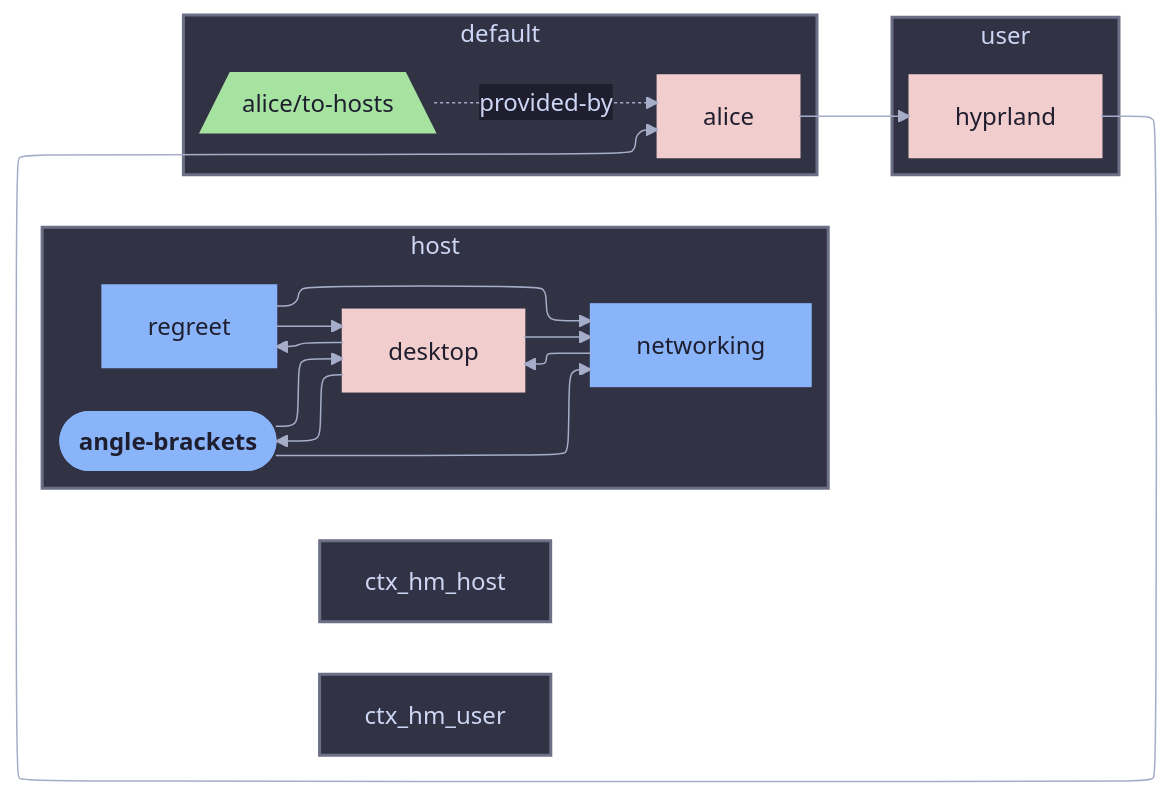
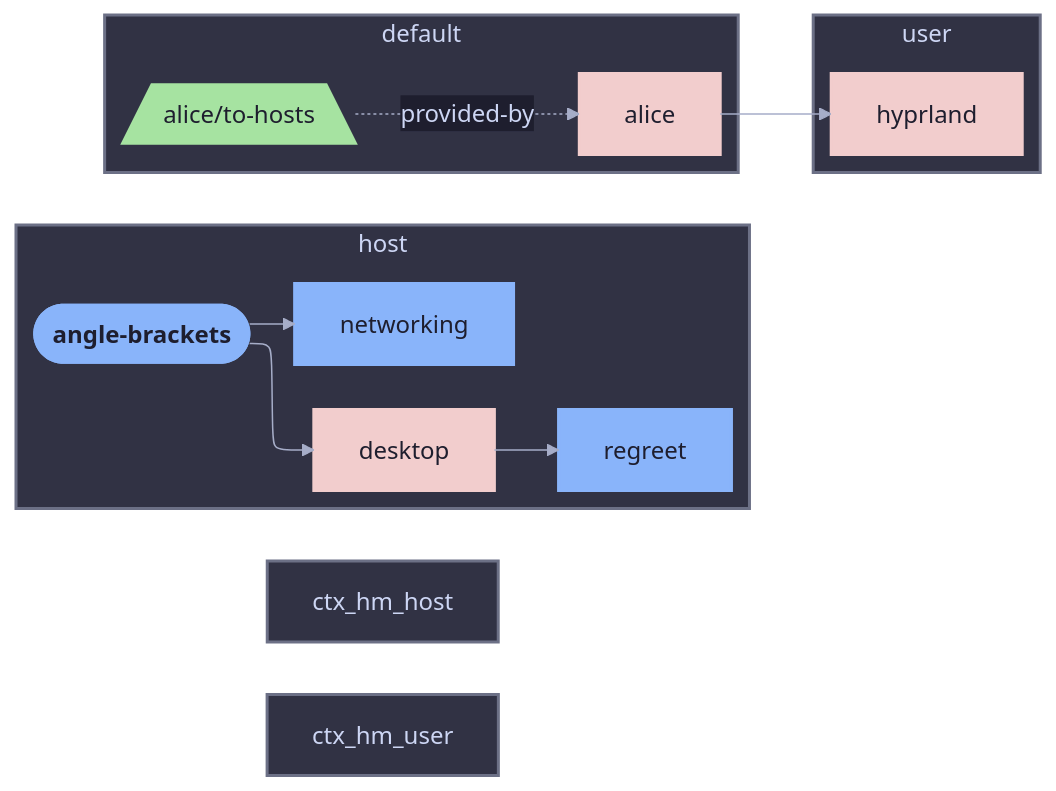
One commit to sini/den changed the diagram in templates/diag-fx-demo/diagrams/angle-brackets-declared.md. Above: the diagram before and after it, drawn with Mermaid. The commit also changed 849 other files, not shown here.

Commit message:
chore: update fx diagrams

````diff
--- a/templates/diag-fx-demo/diagrams/angle-brackets-declared.md
+++ b/templates/diag-fx-demo/diagrams/angle-brackets-declared.md
@@ -5,44 +5,38 @@
 ```mermaid
 %%{init: {"elk":{"mergeEdges":true,"nodePlacementStrategy":"BRANDES_KOEPF"},"layout":"elk","theme":"base","themeVariables":{"activationBkgColor":"#313244","activationBorderColor":"#6c7086","actorBkg":"#313244","actorBorder":"#a6adc8","actorLineColor":"#a6adc8","actorTextColor":"#cdd6f4","background":"#1e1e2e","classText":"#cdd6f4","clusterBkg":"#313244","clusterBorder":"#6c7086","edgeLabelBackground":"#1e1e2e","labelBoxBkgColor":"#313244","labelBoxBorderColor":"#a6adc8","labelTextColor":"#cdd6f4","lineColor":"#a6adc8","loopTextColor":"#cdd6f4","mainBkg":"#313244","nodeBkg":"#313244","nodeBorder":"#a6adc8","nodeTextColor":"#cdd6f4","noteBkgColor":"#313244","noteBorderColor":"#6c7086","noteTextColor":"#cdd6f4","pie1":"#f38ba8","pie2":"#fab387","pie3":"#f9e2af","pie4":"#a6e3a1","pie5":"#94e2d5","pie6":"#89b4fa","pie7":"#cba6f7","pie8":"#f2cdcd","pieLegendTextColor":"#cdd6f4","pieOuterStrokeColor":"#6c7086","pieSectionTextColor":"#cdd6f4","pieStrokeColor":"#6c7086","pieTitleTextColor":"#cdd6f4","primaryBorderColor":"#a6adc8","primaryColor":"#313244","primaryTextColor":"#cdd6f4","secondBkg":"#313244","secondaryBorderColor":"#6c7086","secondaryColor":"#313244","secondaryTextColor":"#cdd6f4","sequenceNumberColor":"#1e1e2e","signalColor":"#a6adc8","signalTextColor":"#cdd6f4","tertiaryBorderColor":"#6c7086","tertiaryColor":"#313244","tertiaryTextColor":"#cdd6f4","textColor":"#cdd6f4","titleColor":"#cdd6f4"}}}%%
 graph LR
   angle_brackets([angle-brackets]):::root
 
   subgraph ctx_host["host"]
   desktop["desktop"]:::desktop_c
   networking["networking"]:::networking_c
   regreet["regreet"]:::regreet_c
   angle_brackets --> desktop
   angle_brackets --> networking
-  desktop --> angle_brackets
-  desktop --> networking
   desktop --> regreet
-  networking --> desktop
-  regreet --> desktop
-  regreet --> networking
   end
   subgraph ctx_default["default"]
   alice__to_hosts[/"alice/to-hosts"\]:::alice__to_hosts_c
   alice__to_hosts -.->|provided-by| alice
   end
   subgraph ctx_user["user"]
   alice["alice"]:::alice_c
   hyprland["hyprland"]:::hyprland_c
   alice --> hyprland
-  hyprland --> alice
   end
 
 
   classDef root fill:#89b4fa,stroke:#89b4fa,color:#1e1e2e,font-weight:bold
   classDef alice_c fill:#f2cdcd,stroke:#f2cdcd,color:#1e1e2e,stroke-width:2px
-  classDef angle_brackets_c fill:#89b4fa,stroke:#89b4fa,color:#1e1e2e,stroke-width:3px
+  classDef angle_brackets_c fill:#89b4fa,stroke:#89b4fa,color:#1e1e2e,stroke-width:2px
   classDef desktop_c fill:#f2cdcd,stroke:#f2cdcd,color:#1e1e2e,stroke-width:2px
   classDef hyprland_c fill:#f2cdcd,stroke:#f2cdcd,color:#1e1e2e,stroke-width:2px
   classDef networking_c fill:#89b4fa,stroke:#89b4fa,color:#1e1e2e,stroke-width:2px
   classDef regreet_c fill:#89b4fa,stroke:#89b4fa,color:#1e1e2e,stroke-width:2px
   classDef alice__to_hosts_c fill:#a6e3a1,stroke:#a6e3a1,color:#1e1e2e,stroke-width:2px
 style ctx_host fill:#313244,stroke:#6c7086,stroke-width:2px
 style ctx_default fill:#313244,stroke:#6c7086,stroke-width:2px
 style ctx_hm_host fill:#313244,stroke:#6c7086,stroke-width:2px
 style ctx_hm_user fill:#313244,stroke:#6c7086,stroke-width:2px
 style ctx_user fill:#313244,stroke:#6c7086,stroke-width:2px
 ```
````
